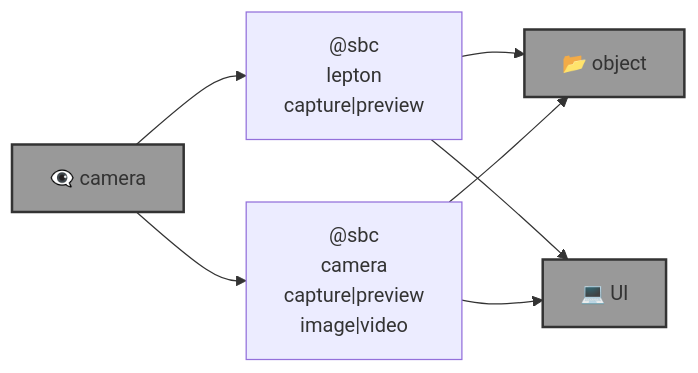
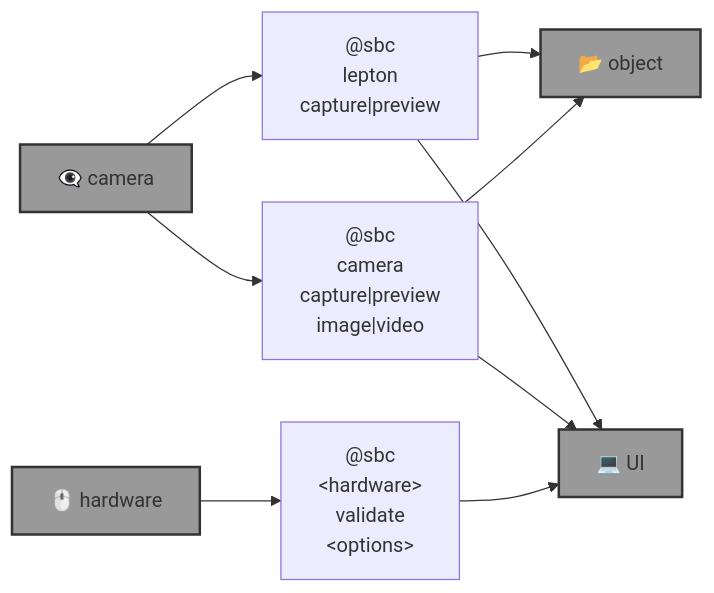
One commit to kamangir/eye changed the diagram in README.md. Above: the diagram before and after it, drawn with Mermaid. The commit also changed other lines of this file and 6 other files, not shown here.

````diff
--- a/README.md
+++ b/README.md
@@ -13,21 +13,27 @@
 ```mermaid
 graph LR
 
     lepton["@sbc<br>lepton<br>capture|preview"]
 
     camera["@sbc<br>camera<br>capture|preview<br>image|video"]
 
+    hardware_validate["@sbc<br>&lt;hardware&gt;<br>validate<br>&lt;options&gt;"]
+
     object["📂 object"]:::folder
     camera_hardware["👁️‍🗨️ camera"]:::folder
+    hardware["🖱️ hardware"]:::folder
     UI["💻 UI"]:::folder
 
     camera_hardware --> lepton
     lepton --> object
     lepton --> UI
 
     camera_hardware --> camera
     camera --> object
     camera --> UI
 
+    hardware --> hardware_validate
+    hardware_validate --> UI
+
     classDef folder fill:#999,stroke:#333,stroke-width:2px;
 ```
````
